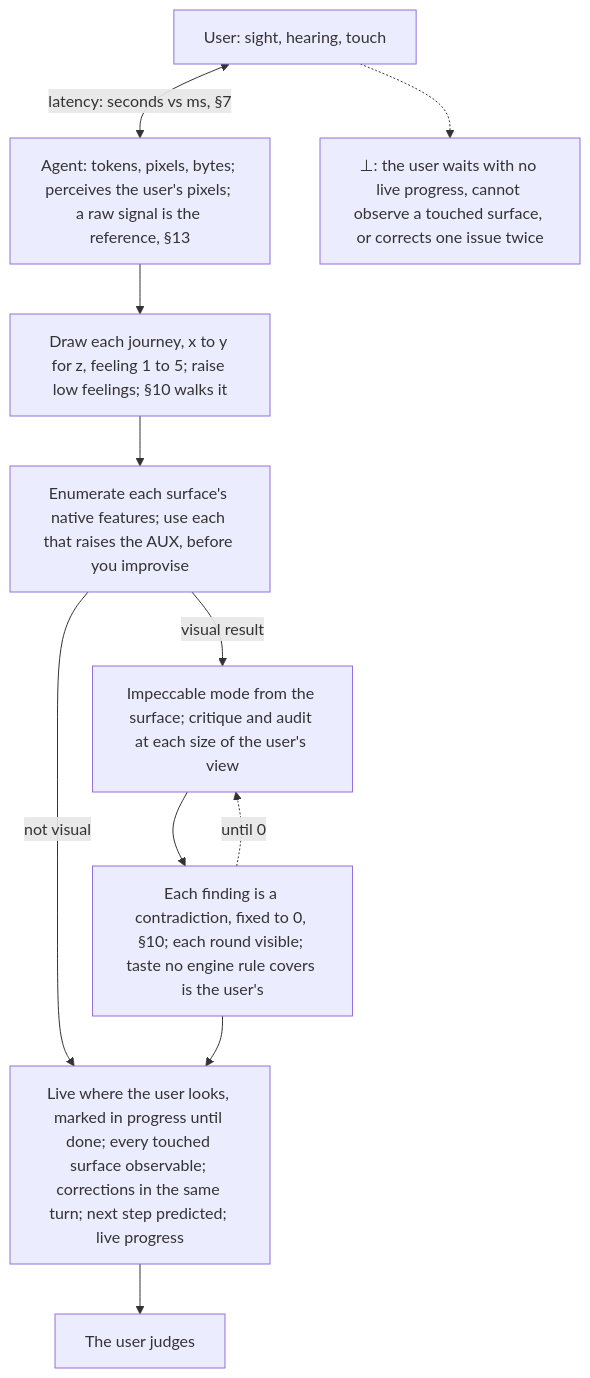
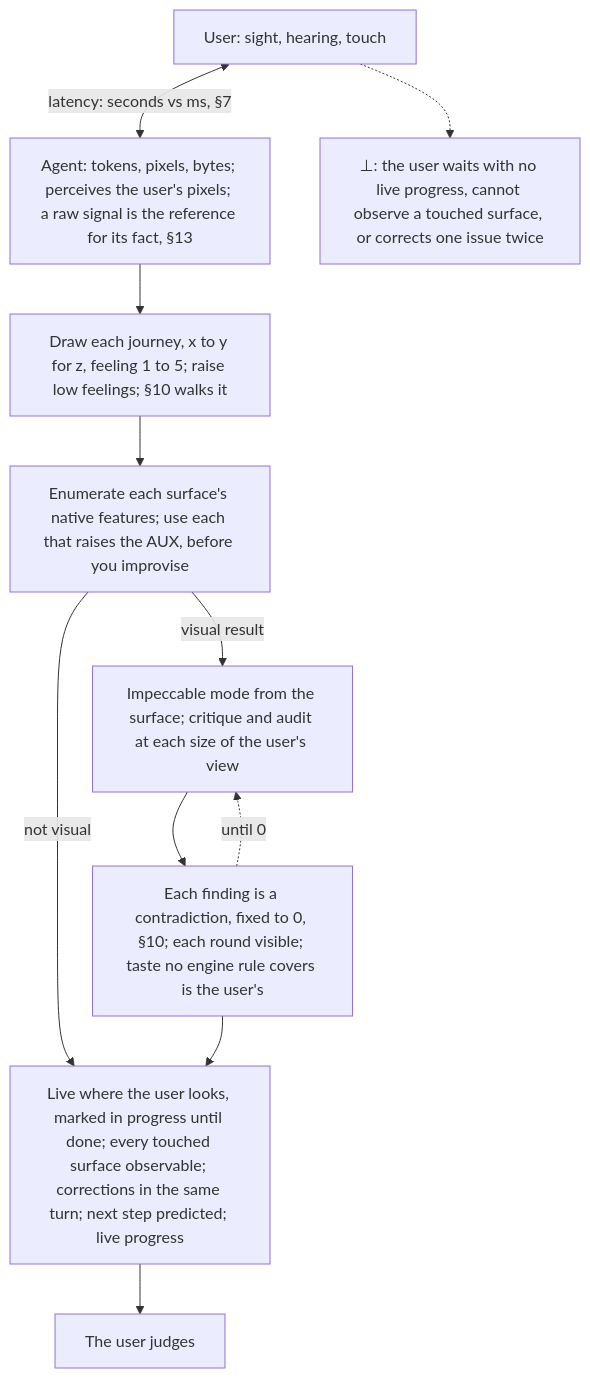
Before and after one commit to SolenixAI/arbiter: the third of 14 diagrams in AGENTS.md, drawn with Mermaid. The commit also changed other lines of this file and 1 other file, not shown here.

Commit message:
fix(agents): frontier defined once; SMART spelled out; a required path is a terminus; a raw signal is the reference for its fact; active voice; pointers fixed

````diff
--- a/AGENTS.md
+++ b/AGENTS.md
@@ -115,13 +115,13 @@
 ```mermaid
 flowchart TD
-  US["User: sight, hearing, touch"] <-->|"latency: seconds vs ms, §7"| AG["Agent: tokens, pixels, bytes; perceives the user's pixels; a raw signal is the reference, §13"]
+  US["User: sight, hearing, touch"] <-->|"latency: seconds vs ms, §7"| AG["Agent: tokens, pixels, bytes; perceives the user's pixels; a raw signal is the reference for its fact, §13"]
   AG --> M["Draw each journey, x to y for z, feeling 1 to 5; raise low feelings; §10 walks it"]
   M --> B["Enumerate each surface's native features; use each that raises the AUX, before you improvise"]
   B -->|visual result| P["Impeccable mode from the surface; critique and audit at each size of the user's view"]
   P --> F["Each finding is a contradiction, fixed to 0, §10; each round visible; taste no engine rule covers is the user's"]
   F -.->|until 0| P
   B -->|not visual| T
   F --> T["Live where the user looks, marked in progress until done; every touched surface observable; corrections in the same turn; next step predicted; live progress"]
   T --> J["The user judges"]
   US -.-> BOT["⊥: the user waits with no live progress, cannot observe a touched surface, or corrects one issue twice"]
 ```
````
